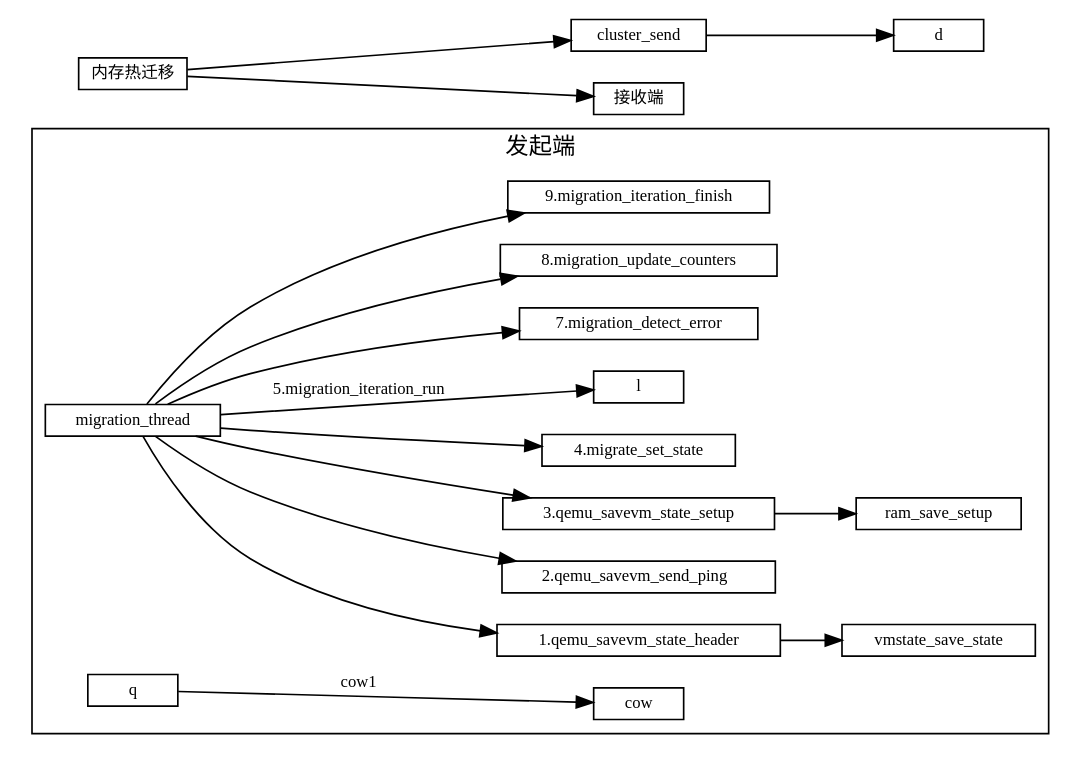
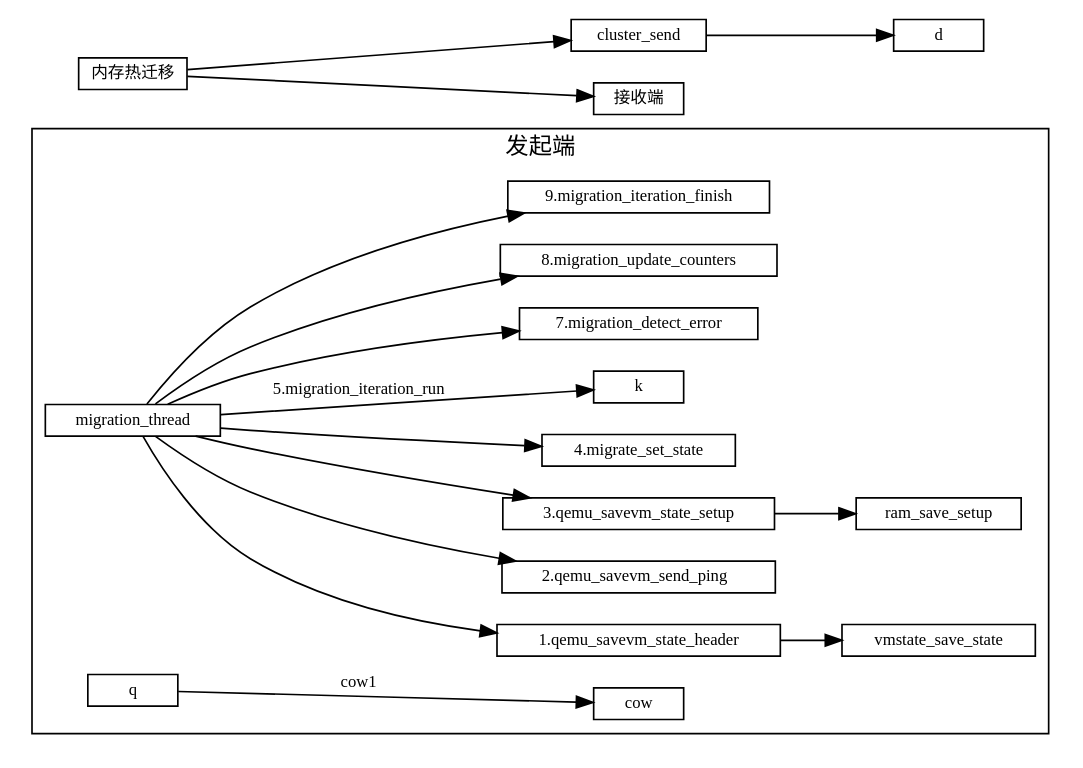
One commit to sisyphus1212/note changed the diagram in 虚拟化/热迁移/1-内存热迁移.md. Above: the diagram before and after it, drawn with Graphviz.

Commit message:
auto_update

````diff
--- a/虚拟化/热迁移/1-内存热迁移.md
+++ b/虚拟化/热迁移/1-内存热迁移.md
@@ -11,35 +11,35 @@
 ```graphviz
 digraph {
 fontname="Helvetica,Arial,sans-serif"
 //node [fontname="Helvetica,Arial,sans-serif"]
 //edge [fontname="Helvetica,Arial,sans-serif"]
 rankdir="LR"
 node [fontsize=10, shape=record, height=0.25]
 edge [fontsize=10]
 
   subgraph send {
     cluster=true;
     label="发起端";
     migration_thread -> "1.qemu_savevm_state_header"
                      -> vmstate_save_state;
     migration_thread -> "2.qemu_savevm_send_ping  ";
     migration_thread -> "3.qemu_savevm_state_setup"
                      ->   ram_save_setup;
     migration_thread ->  "4.migrate_set_state";
-    migration_thread ->  l[label="5.migration_iteration_run"];
+    migration_thread ->  k[label="5.migration_iteration_run"];
                      //->  "qemu_savevm_state_pending";
                      //->   save_live_iterate;
     migration_thread ->  "7.migration_detect_error";
     migration_thread ->  "8.migration_update_counters";
     migration_thread ->  "9.migration_iteration_finish";
 
     q -> cow[label="cow1"];
   }
 
 内存热迁移 [label="内存热迁移"]
 内存热迁移 -> cluster_send
            -> d
 
 内存热迁移 -> 接收端
 }
 ```
````
